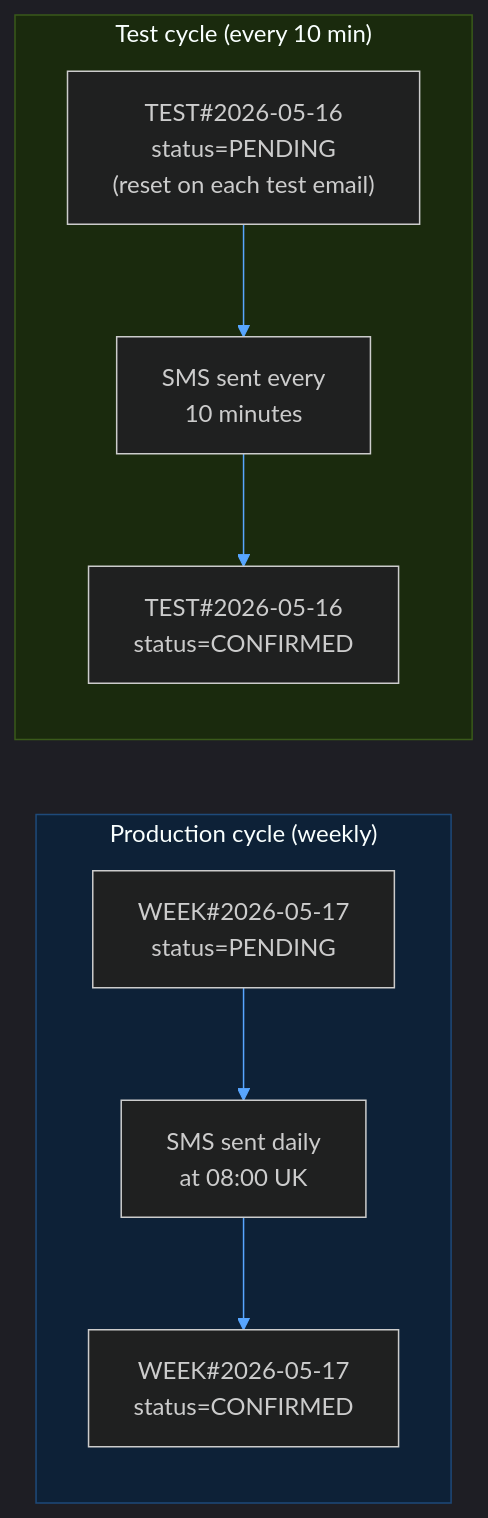
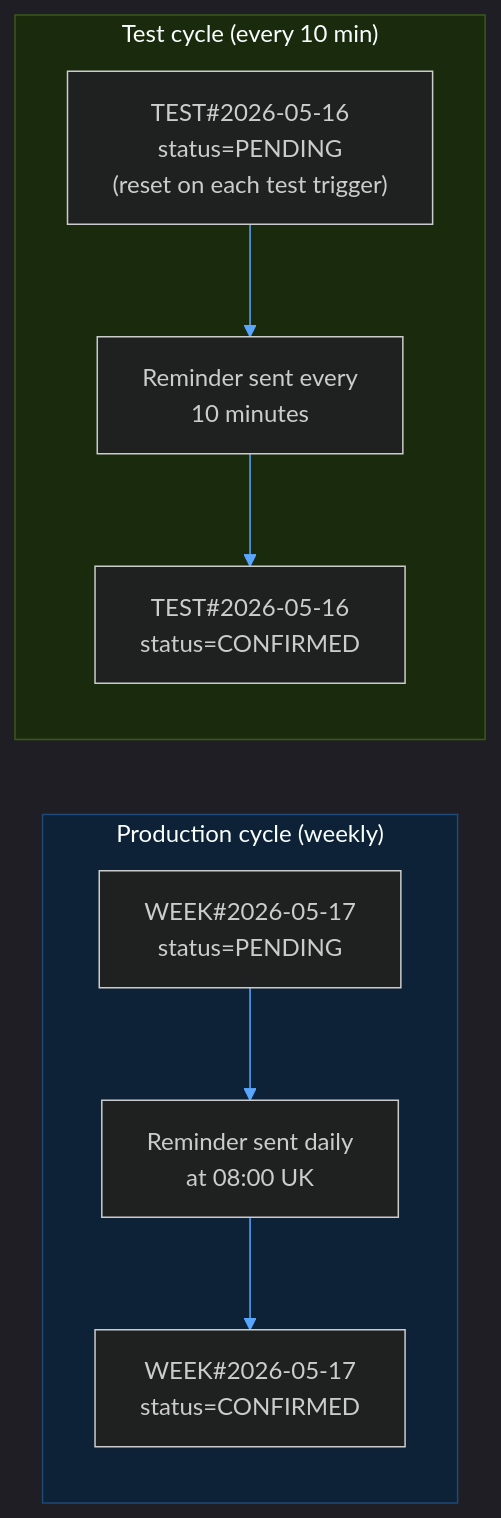
Before and after one commit to baldrickuk/washingmachine-notifications: the tenth of 10 diagrams in docs/architecture.md, drawn with Mermaid. The commit also changed other lines of this file and 1 other file, not shown here.

First line of the commit message:
Update architecture and threat model docs

````diff
--- a/docs/architecture.md
+++ b/docs/architecture.md
@@ -287,23 +362,23 @@
 ```mermaid
 %%{init: {'theme': 'dark', 'themeVariables': {'primaryColor': '#1e3a5f', 'primaryTextColor': '#c9d1d9', 'primaryBorderColor': '#4a7ab5', 'lineColor': '#58a6ff', 'edgeLabelBackground': '#0d1117'}}}%%
 
 flowchart LR
     subgraph prod ["Production cycle  (weekly)"]
         direction TB
         P1["WEEK#2026-05-17\nstatus=PENDING"]
-        P2["SMS sent daily\nat 08:00 UK"]
+        P2["Reminder sent daily\nat 08:00 UK"]
         P3["WEEK#2026-05-17\nstatus=CONFIRMED"]
         P1 --> P2 --> P3
     end
 
     subgraph test ["Test cycle  (every 10 min)"]
         direction TB
-        T1["TEST#2026-05-16\nstatus=PENDING\n(reset on each test email)"]
-        T2["SMS sent every\n10 minutes"]
+        T1["TEST#2026-05-16\nstatus=PENDING\n(reset on each test trigger)"]
+        T2["Reminder sent every\n10 minutes"]
         T3["TEST#2026-05-16\nstatus=CONFIRMED"]
         T1 --> T2 --> T3
     end
 
     style prod fill:#0d2137,stroke:#1e4a7a
     style test fill:#1a2a0d,stroke:#3a5a1a
 ```
````
